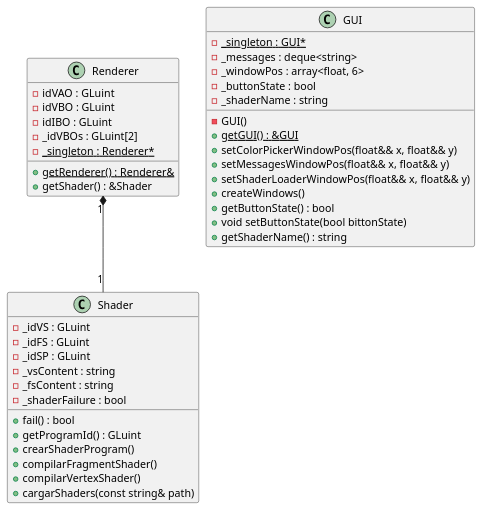
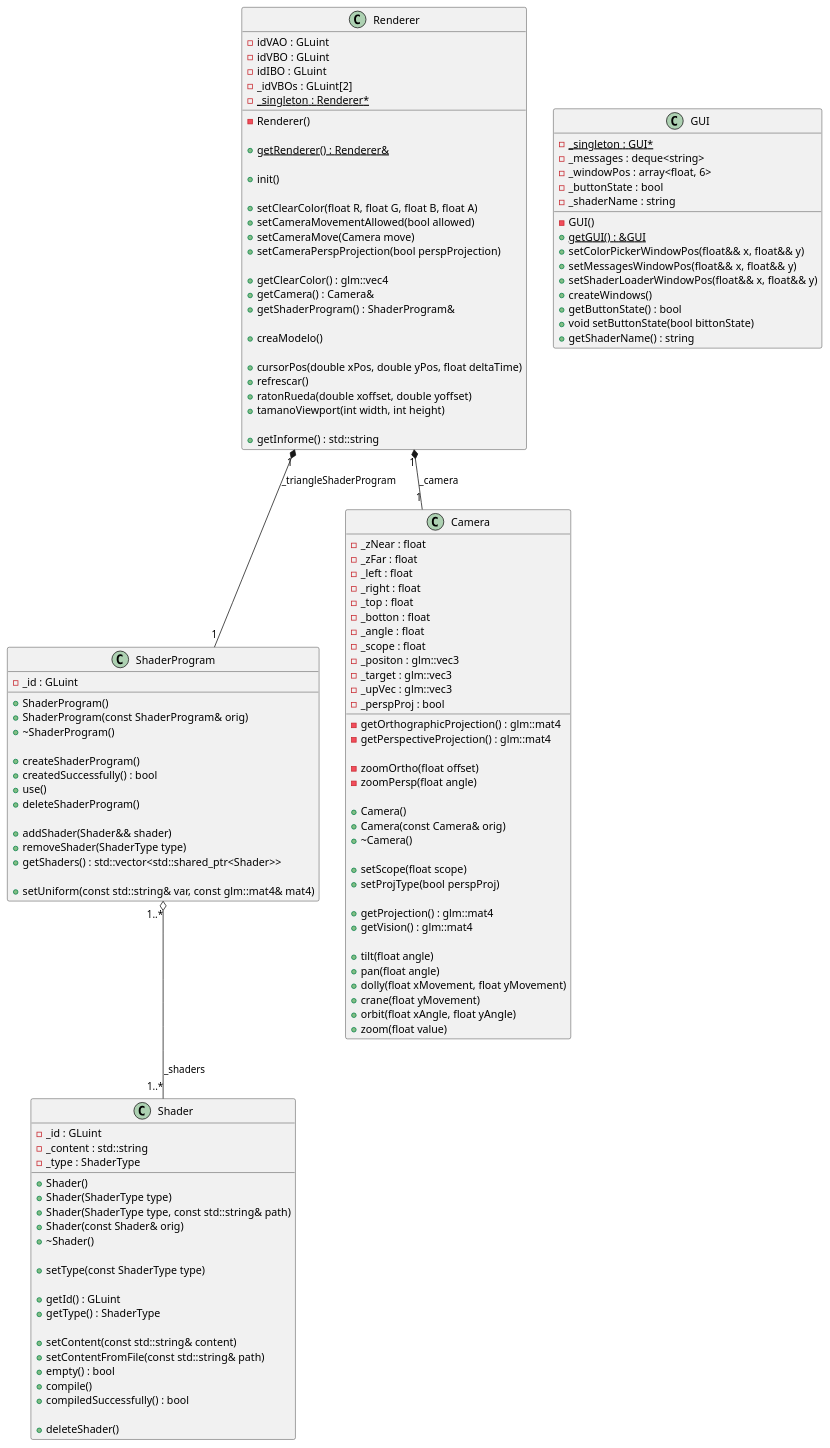
One commit to ahg00048/PAG_PROJECT changed the diagram in img/UML.puml. Above: the diagram before and after it, drawn with PlantUML. The commit also changed 13 other files, not shown here.

```diff
--- a/img/UML.puml
+++ b/img/UML.puml
@@ -1,51 +1,139 @@
 @startuml
 'https://plantuml.com/class-diagram
 
 class Renderer {
     - idVAO : GLuint
     - idVBO : GLuint
     - idIBO : GLuint
     - _idVBOs : GLuint[2]
     - {static} _singleton : Renderer*
+    - Renderer()
 
     + {static} getRenderer() : Renderer&
-    + getShader() : &Shader
+
+    + init()
+
+    + setClearColor(float R, float G, float B, float A)
+    + setCameraMovementAllowed(bool allowed)
+    + setCameraMove(Camera move)
+    + setCameraPerspProjection(bool perspProjection)
+
+    + getClearColor() : glm::vec4
+    + getCamera() : Camera&
+    + getShaderProgram() : ShaderProgram&
+
+    + creaModelo()
+
+    + cursorPos(double xPos, double yPos, float deltaTime)
+    + refrescar()
+    + ratonRueda(double xoffset, double yoffset)
+    + tamanoViewport(int width, int height)
+
+    + getInforme() : std::string
 }
 
 class GUI {
     - {static} _singleton : GUI*
     - GUI()
     - _messages : deque<string>
     - _windowPos : array<float, 6>
     - _buttonState : bool
     - _shaderName : string
 
     + {static} getGUI() : &GUI
     + setColorPickerWindowPos(float&& x, float&& y)
     + setMessagesWindowPos(float&& x, float&& y)
     + setShaderLoaderWindowPos(float&& x, float&& y)
     + createWindows()
     + getButtonState() : bool
     + void setButtonState(bool bittonState)
     + getShaderName() : string
 }
 
 class Shader {
-    - _idVS : GLuint
-    - _idFS : GLuint
-    - _idSP : GLuint
-    - _vsContent : string
-    - _fsContent : string
-    - _shaderFailure : bool
+    - _id : GLuint
+    - _content : std::string
+    - _type : ShaderType
 
-    + fail() : bool
-    + getProgramId() : GLuint
-    + crearShaderProgram()
-    + compilarFragmentShader()
-    + compilarVertexShader()
-    + cargarShaders(const string& path)
+    + Shader()
+    + Shader(ShaderType type)
+    + Shader(ShaderType type, const std::string& path)
+    + Shader(const Shader& orig)
+    + ~Shader()
+
+    + setType(const ShaderType type)
+
+    + getId() : GLuint
+    + getType() : ShaderType
+
+    + setContent(const std::string& content)
+    + setContentFromFile(const std::string& path)
+    + empty() : bool
+    + compile()
+    + compiledSuccessfully() : bool
+
+    + deleteShader()
 }
 
-Renderer "1" *-- "1" Shader
+class ShaderProgram {
+    - _id : GLuint
+
+    + ShaderProgram()
+    + ShaderProgram(const ShaderProgram& orig)
+    + ~ShaderProgram()
+
+    + createShaderProgram()
+    + createdSuccessfully() : bool
+    + use()
+    + deleteShaderProgram()
+
+    + addShader(Shader&& shader)
+    + removeShader(ShaderType type)
+    + getShaders() : std::vector<std::shared_ptr<Shader>>
+
+    + setUniform(const std::string& var, const glm::mat4& mat4)
+}
+
+class Camera {
+    - _zNear : float
+    - _zFar : float
+    - _left : float
+    - _right : float
+    - _top : float
+    - _botton : float
+    - _angle : float
+    - _scope : float
+    - _positon : glm::vec3
+    - _target : glm::vec3
+    - _upVec : glm::vec3
+    - _perspProj : bool
+
+    - getOrthographicProjection() : glm::mat4
+    - getPerspectiveProjection() : glm::mat4
+
+    - zoomOrtho(float offset)
+    - zoomPersp(float angle)
+
+    + Camera()
+    + Camera(const Camera& orig)
+    + ~Camera()
+
+    + setScope(float scope)
+    + setProjType(bool perspProj)
+
+    + getProjection() : glm::mat4
+    + getVision() : glm::mat4
+
+    + tilt(float angle)
+    + pan(float angle)
+    + dolly(float xMovement, float yMovement)
+    + crane(float yMovement)
+    + orbit(float xAngle, float yAngle)
+    + zoom(float value)
+}
+
+ShaderProgram "1..*" o-- "1..*" Shader : _shaders
+Renderer "1" *-- "1" ShaderProgram : _triangleShaderProgram
+Renderer "1" *-- "1" Camera : _camera
 
 @enduml
```
